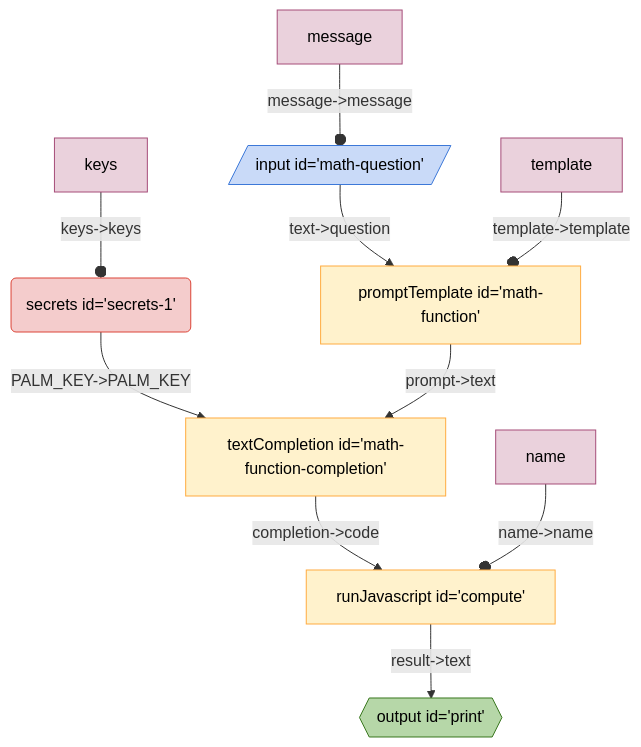
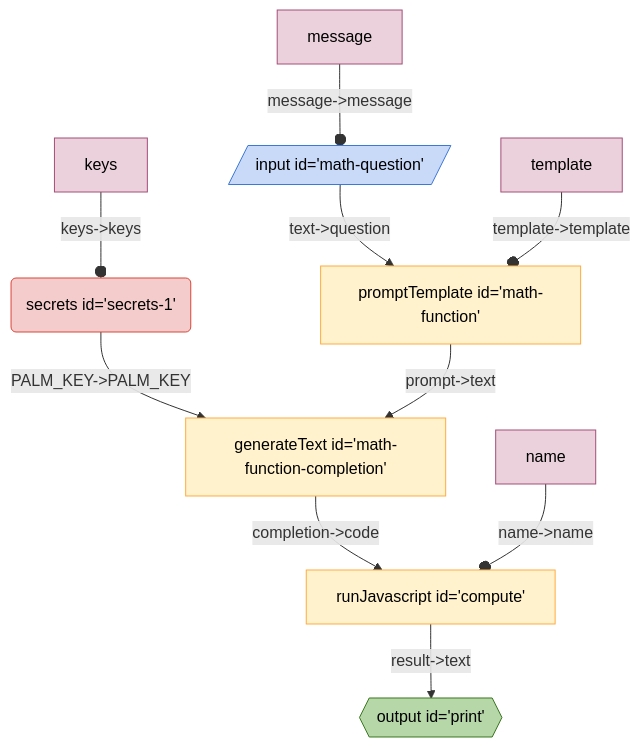
One commit to breadboard-ai/breadboard changed the diagram in seeds/graph-playground/docs/graphs/math.md. Above: the diagram before and after it, drawn with Mermaid. The commit also changed 63 other files, not shown here.

First line of the commit message:
[llm-starter] Rename `textCompletion` to `generateText`.

````diff
--- a/seeds/graph-playground/docs/graphs/math.md
+++ b/seeds/graph-playground/docs/graphs/math.md
@@ -5,21 +5,21 @@
   ```mermaid
   %%{init: 'themeVariables': { 'fontFamily': 'Fira Code, monospace' }}%%
 graph TD;
 compute["runJavascript id='compute'"] -- "result->text" --> print{{"output id='print'"}}:::output
-mathfunctioncompletion["textCompletion id='math-function-completion'"] -- "completion->code" --> compute["runJavascript id='compute'"]
-secrets1("secrets id='secrets-1'"):::secrets -- "PALM_KEY->PALM_KEY" --> mathfunctioncompletion["textCompletion id='math-function-completion'"]
-mathfunction["promptTemplate id='math-function'"] -- "prompt->text" --> mathfunctioncompletion["textCompletion id='math-function-completion'"]
+mathfunctioncompletion["generateText id='math-function-completion'"] -- "completion->code" --> compute["runJavascript id='compute'"]
+secrets1("secrets id='secrets-1'"):::secrets -- "PALM_KEY->PALM_KEY" --> mathfunctioncompletion["generateText id='math-function-completion'"]
+mathfunction["promptTemplate id='math-function'"] -- "prompt->text" --> mathfunctioncompletion["generateText id='math-function-completion'"]
 mathquestion[/"input id='math-question'"/]:::input -- "text->question" --> mathfunction["promptTemplate id='math-function'"]
 messagemathquestion[message]:::config -- "message->message" --o mathquestion
 templatemathfunction[template]:::config -- "template->template" --o mathfunction
 namecompute[name]:::config -- "name->name" --o compute
 keyssecrets1[keys]:::config -- "keys->keys" --o secrets1
 classDef default stroke:#ffab40,fill:#fff2ccff,color:#000
 classDef input stroke:#3c78d8,fill:#c9daf8ff,color:#000
 classDef output stroke:#38761d,fill:#b6d7a8ff,color:#000
 classDef passthrough stroke:#a64d79,fill:#ead1dcff,color:#000
 classDef slot stroke:#a64d79,fill:#ead1dcff,color:#000
 classDef config stroke:#a64d79,fill:#ead1dcff,color:#000
 classDef secrets stroke:#db4437,fill:#f4cccc,color:#000
 classDef slotted stroke:#a64d79
   ```
````
